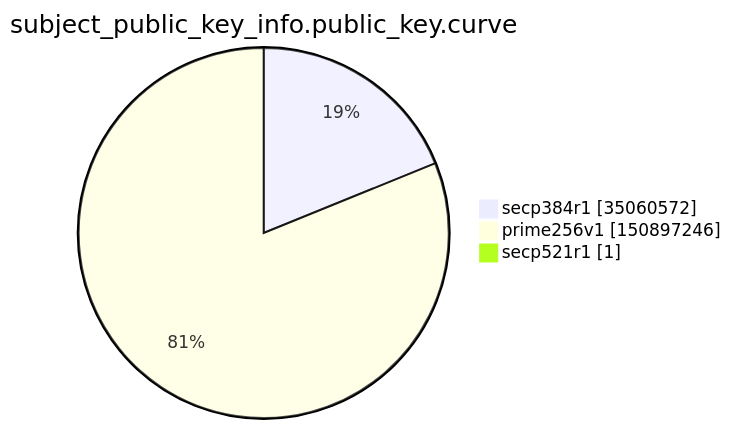
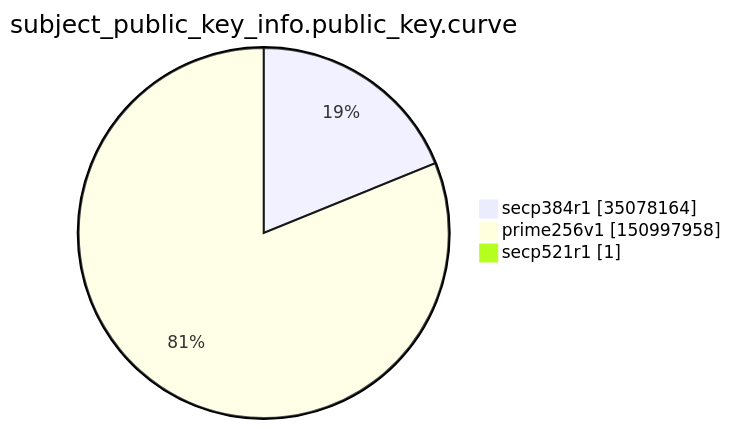
One commit to christiankrug/ctmonitor_visualization changed the ninth of 15 diagrams in argon2022/README.md. Above: the diagram before and after it, drawn with Mermaid. The commit also changed other lines of this file, not shown here.

````diff
--- a/argon2022/README.md
+++ b/argon2022/README.md
@@ -2765,7 +2765,7 @@
 ```mermaid
 pie showData
 title subject_public_key_info.public_key.curve
-"secp384r1" :35060572
-"prime256v1" :150897246
+"secp384r1" :35078164
+"prime256v1" :150997958
 "secp521r1" :1
 ```
````
